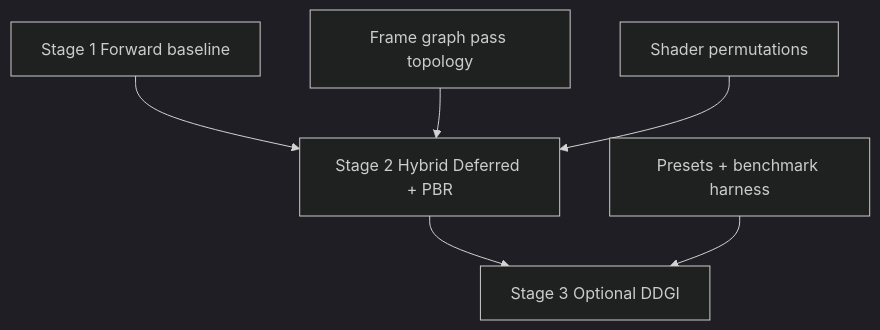
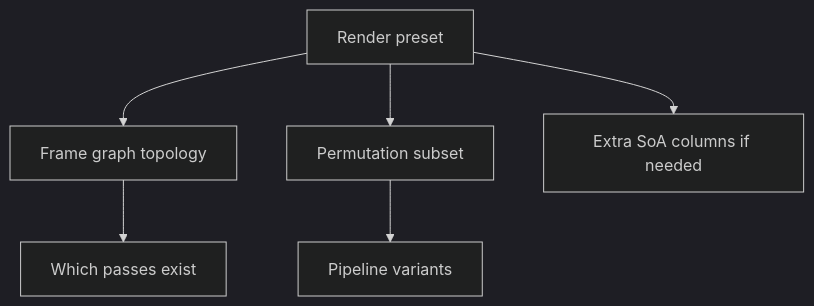
Before and after one commit to PluseggWill/SiriusEngine_VulkanReboot: diagram 13 of 13 in Docs/EngineArchitecture.md, drawn with Mermaid (dark theme). The commit also changed other lines of this file and 22 other files, not shown here.

First line of the commit message:
[Docs][Cursor] Streamline roadmap, architecture, and agent workflow rules.

````diff
--- a/Docs/EngineArchitecture.md
+++ b/Docs/EngineArchitecture.md
@@ -462,14 +360,9 @@
 ```mermaid
 flowchart TB
-  STG_FORWARD[Stage 1 Forward baseline]
-  STG_HYBRID[Stage 2 Hybrid Deferred + PBR]
-  STG_DDGI[Stage 3 Optional DDGI]
-  TASK_FG[Frame graph pass topology]
-  TASK_PERM[Shader permutations]
-  TASK_PRESET[Presets + benchmark harness]
-
-  STG_FORWARD --> STG_HYBRID --> STG_DDGI
-  TASK_FG --> STG_HYBRID
-  TASK_PERM --> STG_HYBRID
-  TASK_PRESET --> STG_DDGI
+  PRE[Render preset]
+  PRE --> FGTOP[Frame graph topology]
+  PRE --> PERM[Permutation subset]
+  PRE --> COL[Extra SoA columns if needed]
+  FGTOP --> PASSES[Which passes exist]
+  PERM --> PIPES[Pipeline variants]
 ```
````
